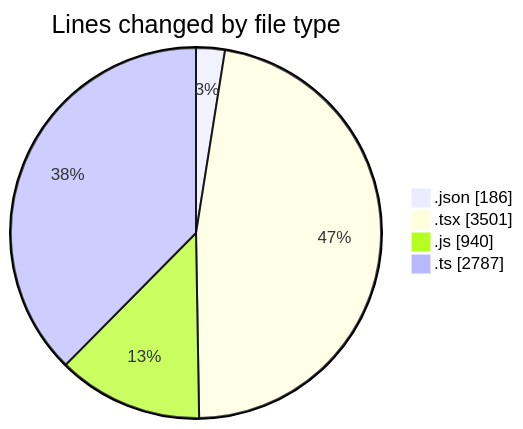
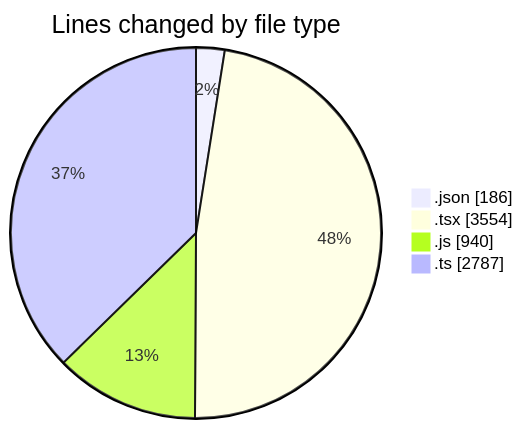
Before and after one commit to momahboobian/code-tracking: the first of 2 diagrams in 2026-07-14/cda/README.md, drawn with Mermaid. The commit also changed other lines of this file and 1 other file, not shown here.

````diff
--- a/2026-07-14/cda/README.md
+++ b/2026-07-14/cda/README.md
@@ -52,8 +52,8 @@
 ```mermaid
 pie showData
 title Lines changed by file type
 ".json" : 186
-".tsx" : 3501
+".tsx" : 3554
 ".js" : 940
 ".ts" : 2787
 ```
````
